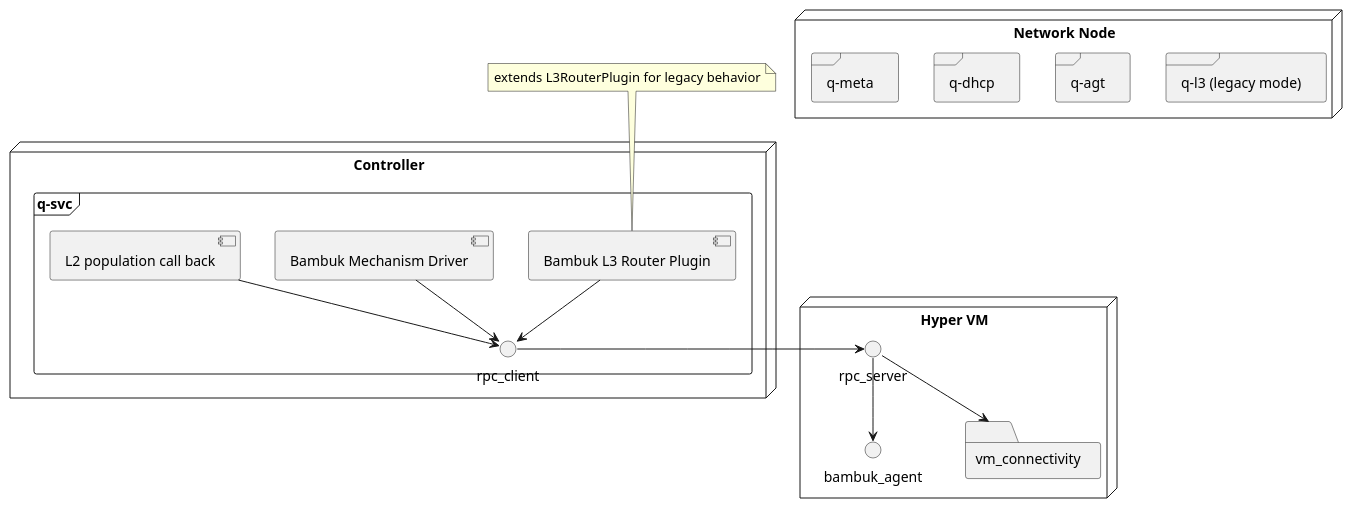
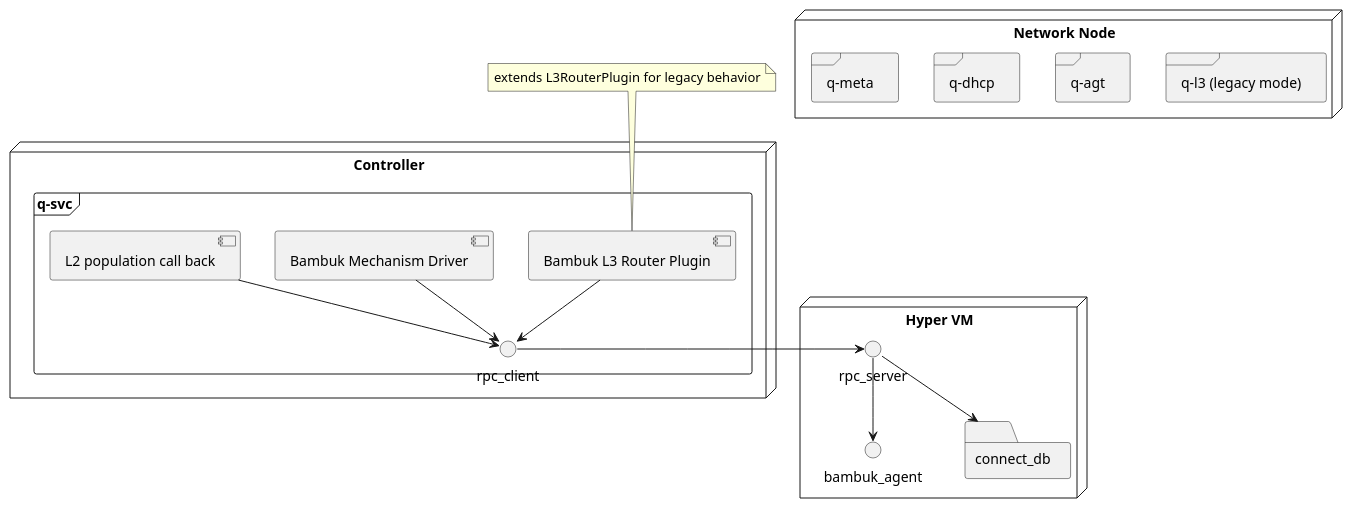
The diagram in doc/source/components.puml (lionelz/networking-bambuk), drawn with PlantUML before and after one commit. The commit also changed 24 other files, not shown here.

```diff
--- a/doc/source/components.puml
+++ b/doc/source/components.puml
@@ -1,36 +1,36 @@
 @startuml
 skinparam componentStyle uml2
 
 node "Controller" {
     frame "q-svc" {
         interface rpc_client
         [Bambuk L3 Router Plugin] --> rpc_client
         [Bambuk Mechanism Driver] --> rpc_client
         [L2 population call back] --> rpc_client
     }
 }
 
 node "Network Node" {
     frame "q-l3 (legacy mode)" {
     }
     frame "q-agt" {
     }
     frame "q-dhcp" {
     }
     frame "q-meta" {
     }
 }
 
 node "Hyper VM" {
     interface rpc_server
     interface bambuk_agent
-    folder vm_connectivity
-    rpc_server --> vm_connectivity
+    folder connect_db
+    rpc_server --> connect_db
     rpc_server --> bambuk_agent
 }
 
 rpc_client -> rpc_server
 
 note top of [Bambuk L3 Router Plugin] : extends L3RouterPlugin for legacy behavior
 
 @enduml
```
